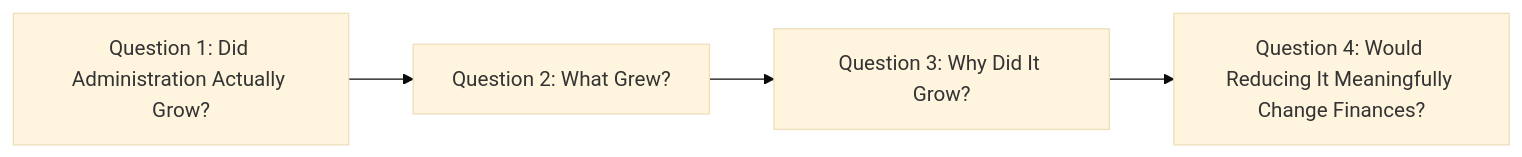
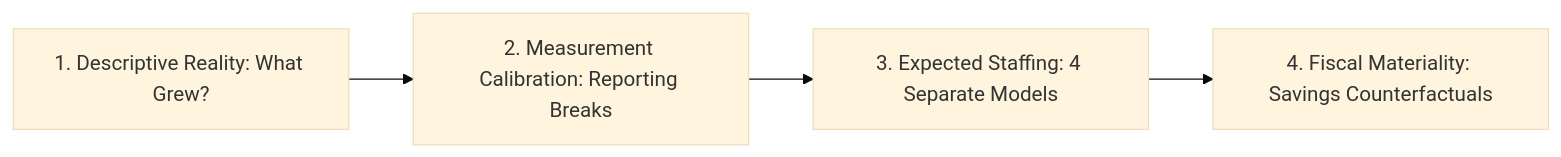
One commit to admiralorbiter/computational-sketchbook changed the first of 2 diagrams in 2026/2026-10-01-kc-admin-staffing-decomposition/research/questions.md. Above: the diagram before and after it, drawn with Mermaid (base theme). The commit also changed other lines of this file and 21 other files, not shown here.

````diff
--- a/2026/2026-10-01-kc-admin-staffing-decomposition/research/questions.md
+++ b/2026/2026-10-01-kc-admin-staffing-decomposition/research/questions.md
@@ -20,6 +20,6 @@
 ```mermaid
 flowchart LR
-    Q1["Question 1: Did Administration Actually Grow?"] --> Q2["Question 2: What Grew?"]
-    Q2 --> Q3["Question 3: Why Did It Grow?"]
-    Q3 --> Q4["Question 4: Would Reducing It Meaningfully Change Finances?"]
+    Q1["1. Descriptive Reality: What Grew?"] --> Q2["2. Measurement Calibration: Reporting Breaks"]
+    Q2 --> Q3["3. Expected Staffing: 4 Separate Models"]
+    Q3 --> Q4["4. Fiscal Materiality: Savings Counterfactuals"]
 ```
````
